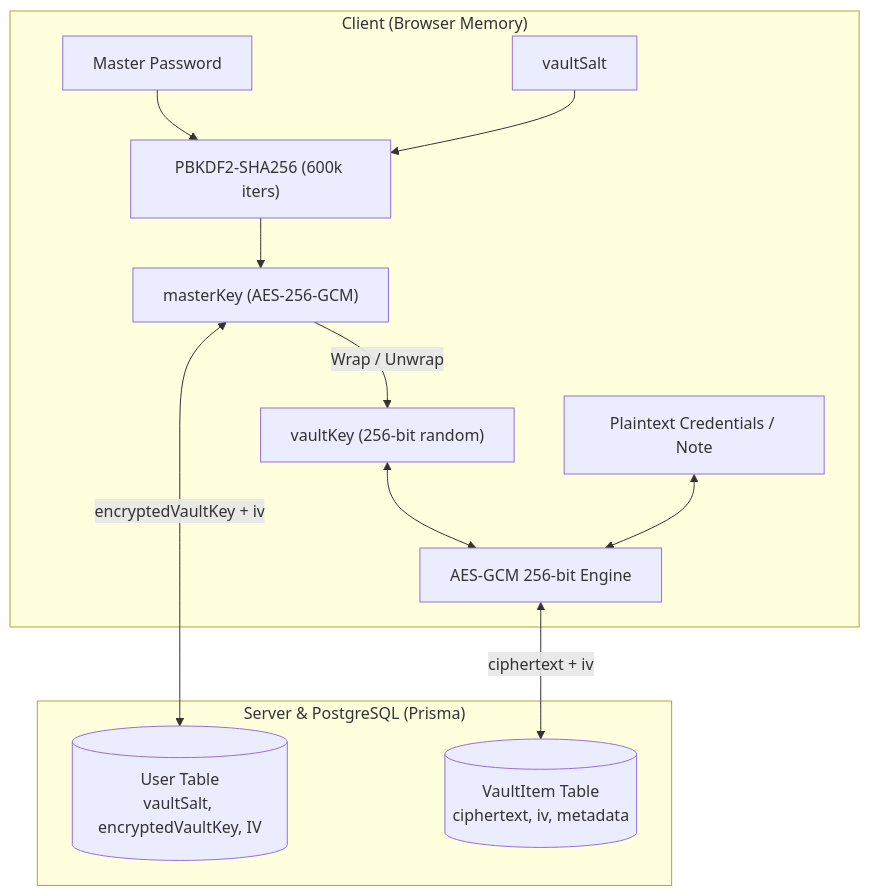
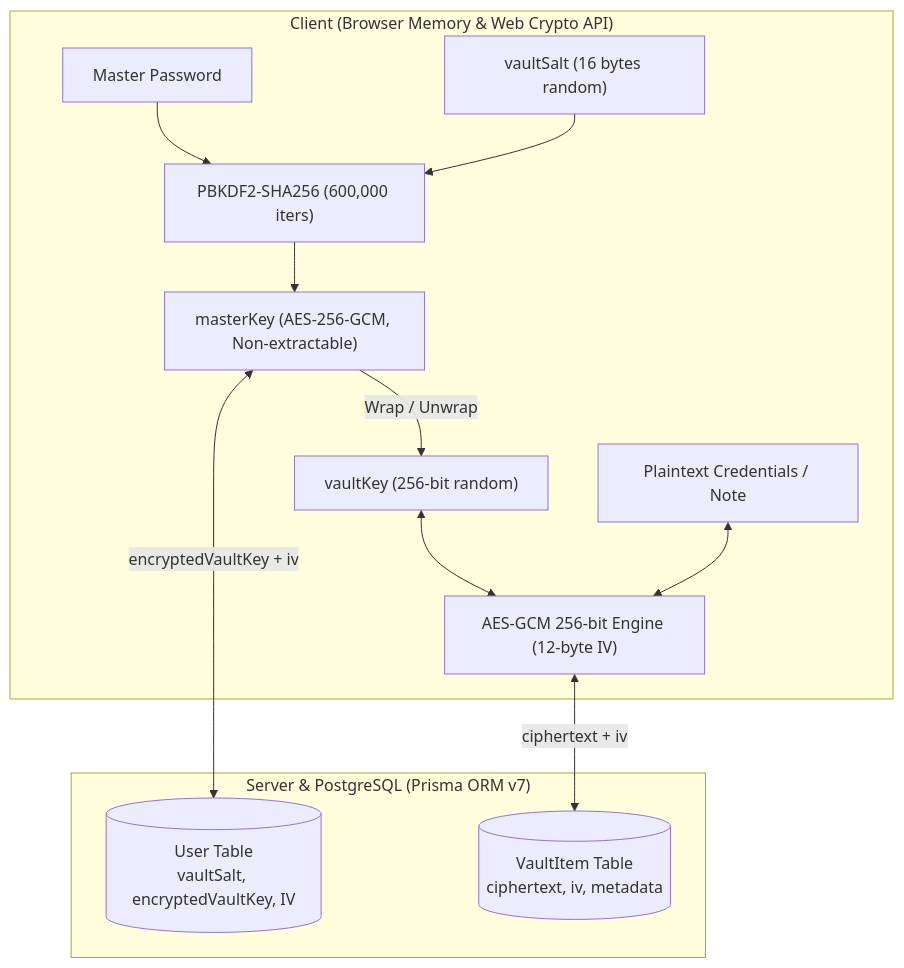
The diagram in README.md (san64byte/centinela), drawn with Mermaid before and after one commit. The commit also changed other lines of this file and 66 other files, not shown here.

````diff
--- a/README.md
+++ b/README.md
@@ -24,23 +31,23 @@
 ```mermaid
 flowchart TD
-    subgraph Client["Client (Browser Memory)"]
+    subgraph Client["Client (Browser Memory & Web Crypto API)"]
         MP["Master Password"]
-        Salt["vaultSalt"]
-        PBKDF2["PBKDF2-SHA256 (600k iters)"]
-        MK["masterKey (AES-256-GCM)"]
+        Salt["vaultSalt (16 bytes random)"]
+        PBKDF2["PBKDF2-SHA256 (600,000 iters)"]
+        MK["masterKey (AES-256-GCM, Non-extractable)"]
         VK["vaultKey (256-bit random)"]
         ItemData["Plaintext Credentials / Note"]
-        CipherEngine["AES-GCM 256-bit Engine"]
+        CipherEngine["AES-GCM 256-bit Engine (12-byte IV)"]
     end
 
-    subgraph Server["Server & PostgreSQL (Prisma)"]
+    subgraph Server["Server & PostgreSQL (Prisma ORM v7)"]
         UserDB[("User Table\nvaultSalt, encryptedVaultKey, IV")]
         VaultDB[("VaultItem Table\nciphertext, iv, metadata")]
     end
 
     MP & Salt --> PBKDF2 --> MK
     MK -- "Wrap / Unwrap" --> VK
     VK & ItemData <--> CipherEngine
     CipherEngine <-->|"ciphertext + iv"| VaultDB
     MK <-->|"encryptedVaultKey + iv"| UserDB
 ```
````
